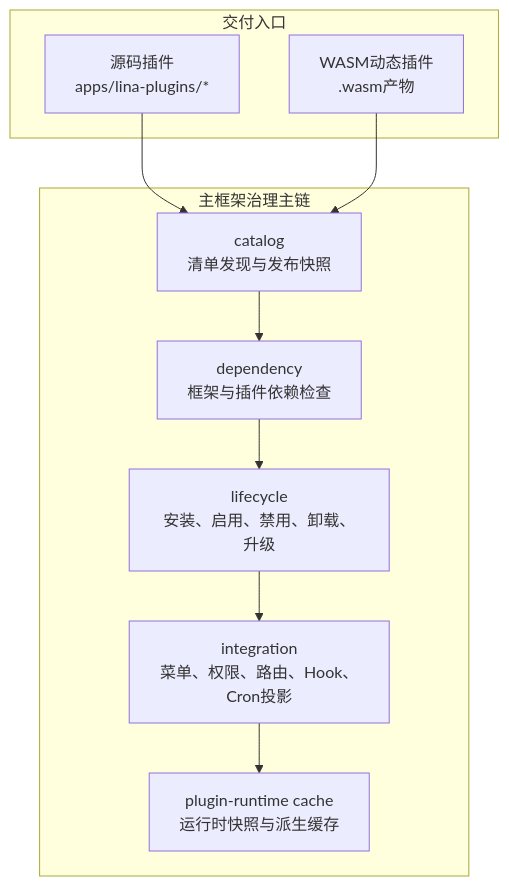
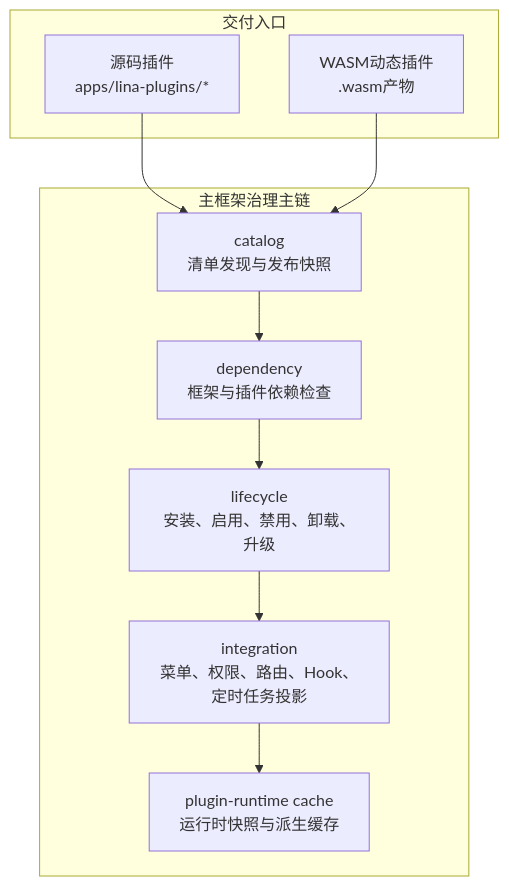
One commit to linaproai/linapro-site changed the first of 2 diagrams in apps/lina-site/docs/docs/2000-components/5000-plugin-system/5000-plugin-system.md. Above: the diagram before and after it, drawn with Mermaid. The commit also changed other lines of this file and 138 other files, not shown here.

````diff
--- a/apps/lina-site/docs/docs/2000-components/5000-plugin-system/5000-plugin-system.md
+++ b/apps/lina-site/docs/docs/2000-components/5000-plugin-system/5000-plugin-system.md
@@ -69,22 +69,22 @@
 ```mermaid
 flowchart TD
     subgraph Delivery["交付入口"]
         Source["源码插件<br/>apps/lina-plugins/*"]
         Dynamic["WASM动态插件<br/>.wasm产物"]
     end
 
     subgraph Pipeline["主框架治理主链"]
         Catalog["catalog<br/>清单发现与发布快照"]
         Dependency["dependency<br/>框架与插件依赖检查"]
         Lifecycle["lifecycle<br/>安装、启用、禁用、卸载、升级"]
-        Integration["integration<br/>菜单、权限、路由、Hook、Cron投影"]
+        Integration["integration<br/>菜单、权限、路由、Hook、定时任务投影"]
         Cache["plugin-runtime cache<br/>运行时快照与派生缓存"]
     end
 
     Source --> Catalog
     Dynamic --> Catalog
     Catalog --> Dependency
     Dependency --> Lifecycle
     Lifecycle --> Integration
     Integration --> Cache
 ```
````
